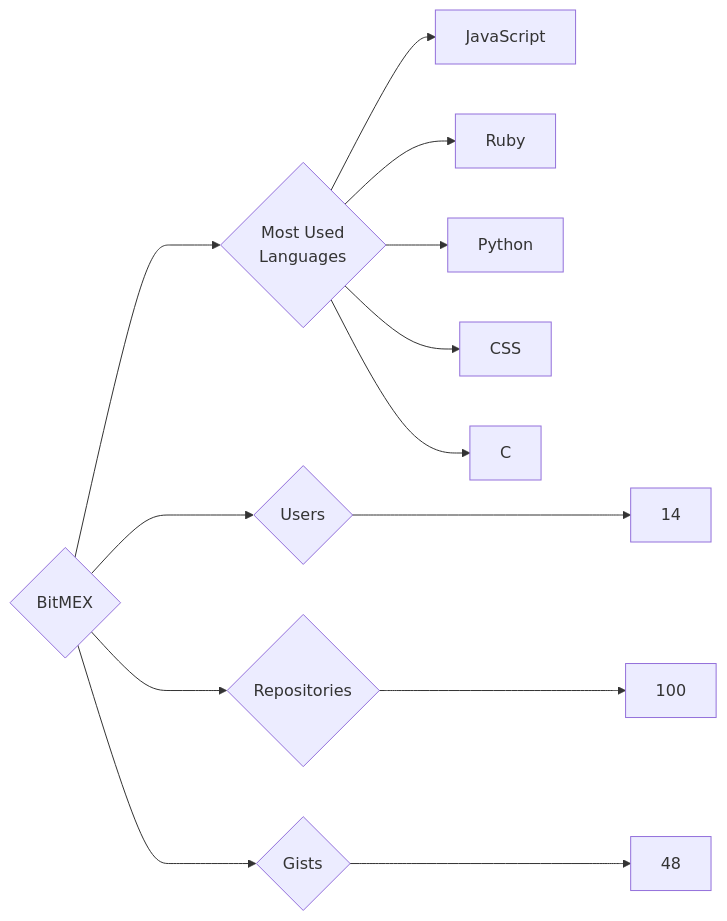
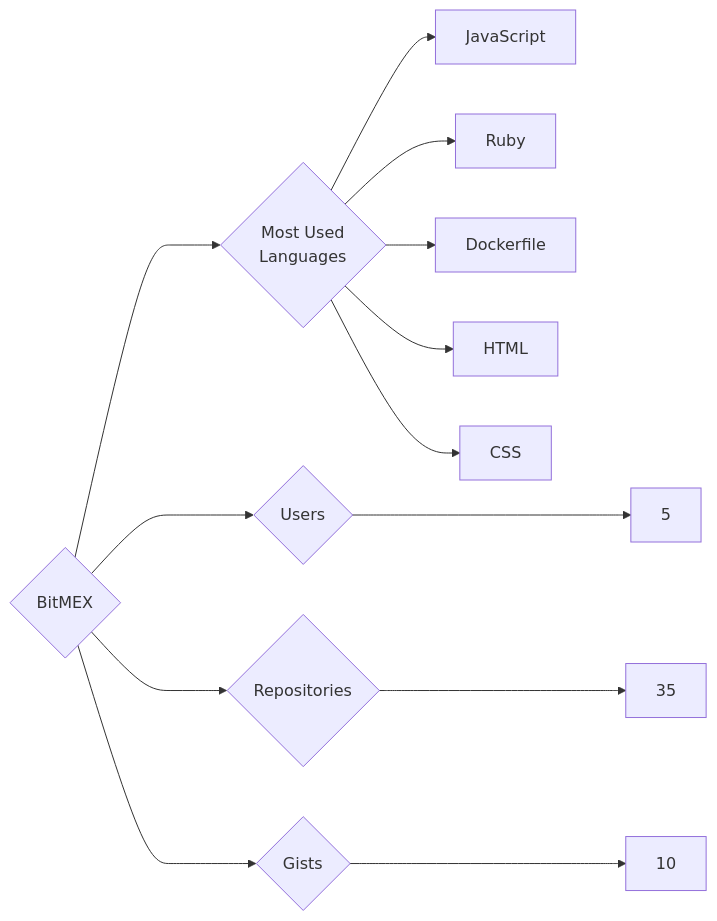
Before and after one commit to trickest/insiders: the diagram in targets/BitMEX/README.md, drawn with Mermaid. The commit also changed 644 other files, not shown here.

````diff
--- a/targets/BitMEX/README.md
+++ b/targets/BitMEX/README.md
@@ -3,13 +3,13 @@
 ```mermaid
 graph LR
 COMPANY_NAME{BitMEX}
-COMPANY_NAME ---> U{Users} ---> UN[14]
-COMPANY_NAME ---> R{Repositories} ---> RN[100]
-COMPANY_NAME ---> G{Gists} ---> GN[48]
+COMPANY_NAME ---> U{Users} ---> UN[5]
+COMPANY_NAME ---> R{Repositories} ---> RN[35]
+COMPANY_NAME ---> G{Gists} ---> GN[10]
 COMPANY_NAME ---> ML{Most Used<br>Languages}
 ML --> JavaScript[JavaScript]
 ML --> Ruby[Ruby]
-ML --> Python[Python]
+ML --> Dockerfile[Dockerfile]
+ML --> HTML[HTML]
 ML --> CSS[CSS]
-ML --> C[C]
 ```
````
